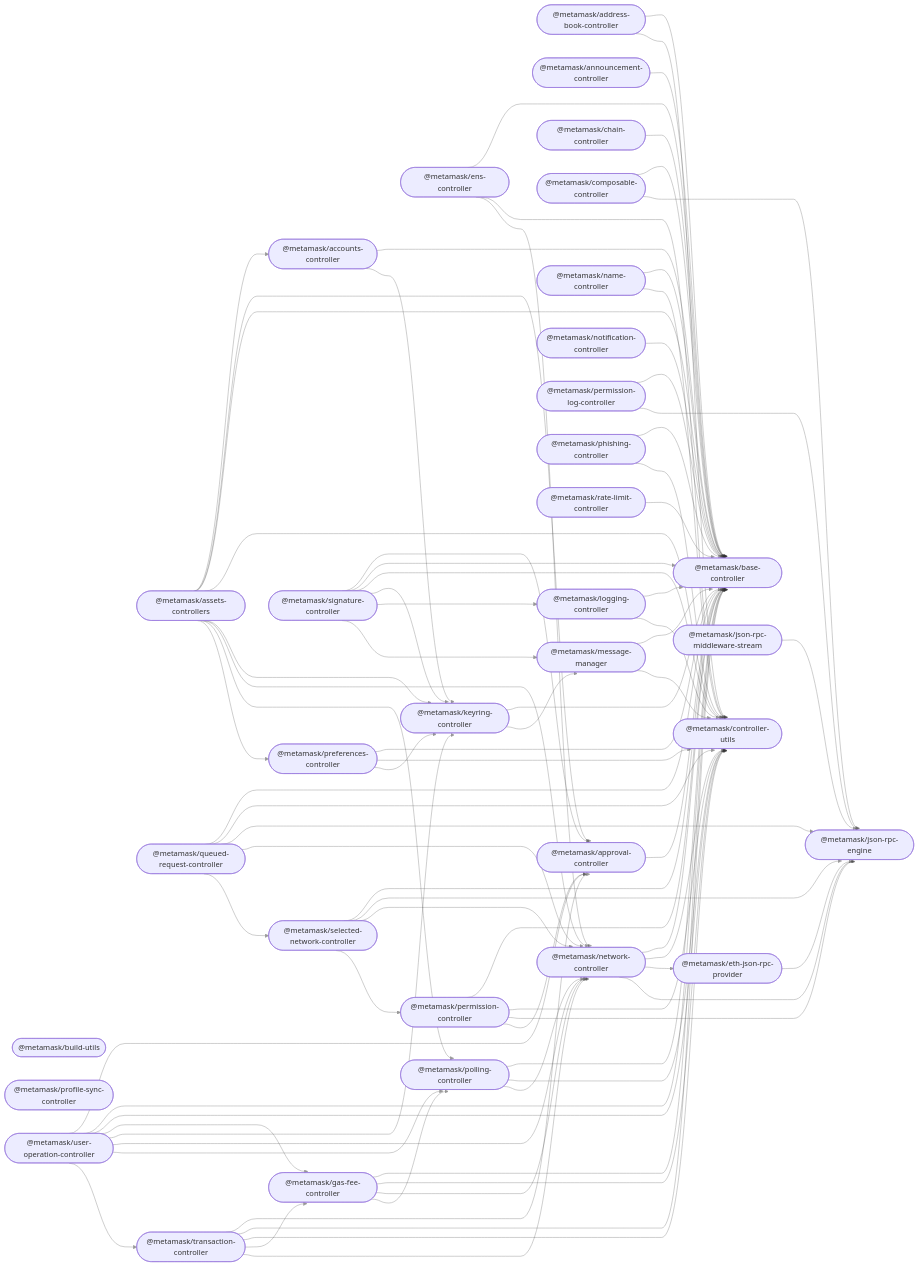
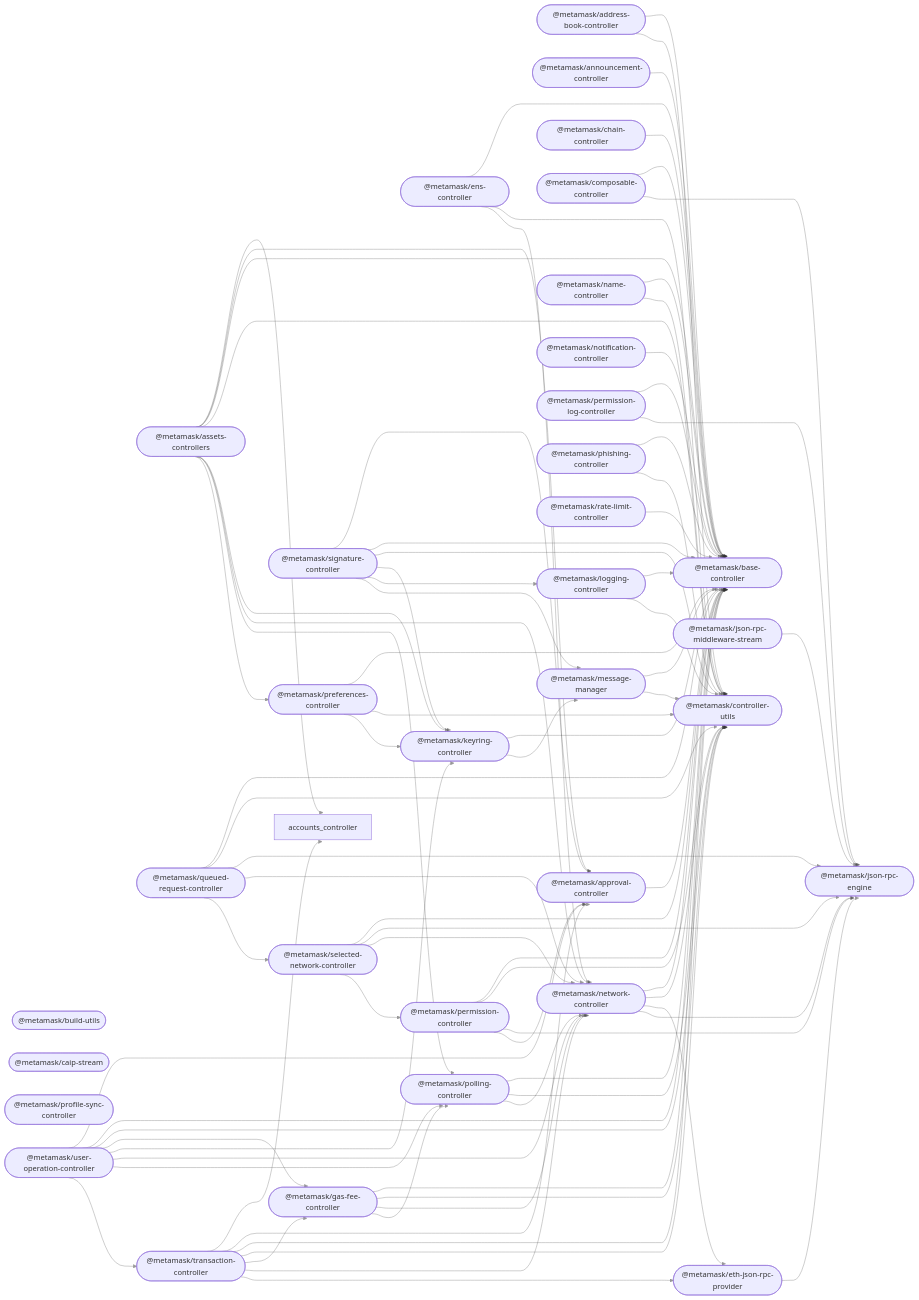
Before and after one commit to MetaMask/core: the diagram in README.md, drawn with Mermaid. The commit also changed other lines of this file and 23 other files, not shown here.

Commit message:
add caip-stream

```diff
--- a/README.md
+++ b/README.md
@@ -52,13 +52,13 @@
 %%{ init: { 'flowchart': { 'curve': 'bumpX' } } }%%
 graph LR;
 linkStyle default opacity:0.5
-  accounts_controller(["@metamask/accounts-controller"]);
   address_book_controller(["@metamask/address-book-controller"]);
   announcement_controller(["@metamask/announcement-controller"]);
   approval_controller(["@metamask/approval-controller"]);
   assets_controllers(["@metamask/assets-controllers"]);
   base_controller(["@metamask/base-controller"]);
   build_utils(["@metamask/build-utils"]);
+  caip_stream(["@metamask/caip-stream"]);
   chain_controller(["@metamask/chain-controller"]);
   composable_controller(["@metamask/composable-controller"]);
   controller_utils(["@metamask/controller-utils"]);
@@ -85,8 +85,6 @@
   signature_controller(["@metamask/signature-controller"]);
   transaction_controller(["@metamask/transaction-controller"]);
   user_operation_controller(["@metamask/user-operation-controller"]);
-  accounts_controller --> base_controller;
-  accounts_controller --> keyring_controller;
   address_book_controller --> base_controller;
   address_book_controller --> controller_utils;
   announcement_controller --> base_controller;
@@ -154,11 +152,13 @@
   signature_controller --> keyring_controller;
   signature_controller --> logging_controller;
   signature_controller --> message_manager;
+  transaction_controller --> accounts_controller;
   transaction_controller --> approval_controller;
   transaction_controller --> base_controller;
   transaction_controller --> controller_utils;
   transaction_controller --> gas_fee_controller;
   transaction_controller --> network_controller;
+  transaction_controller --> eth_json_rpc_provider;
   user_operation_controller --> approval_controller;
   user_operation_controller --> base_controller;
   user_operation_controller --> controller_utils;
```
